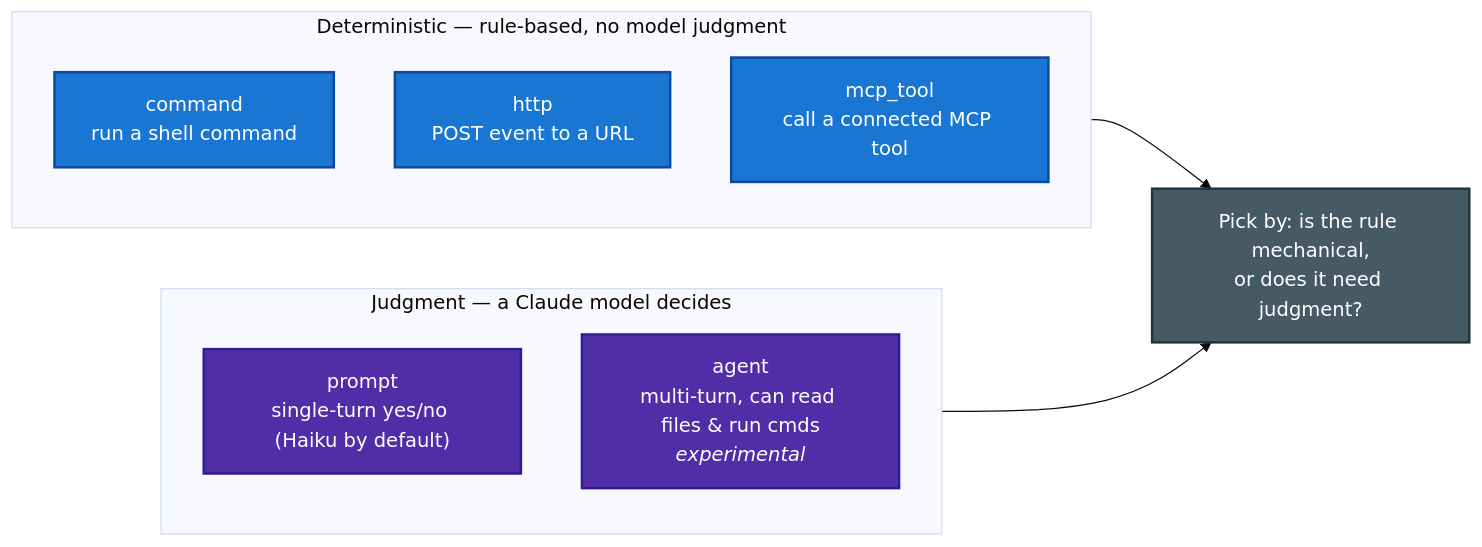
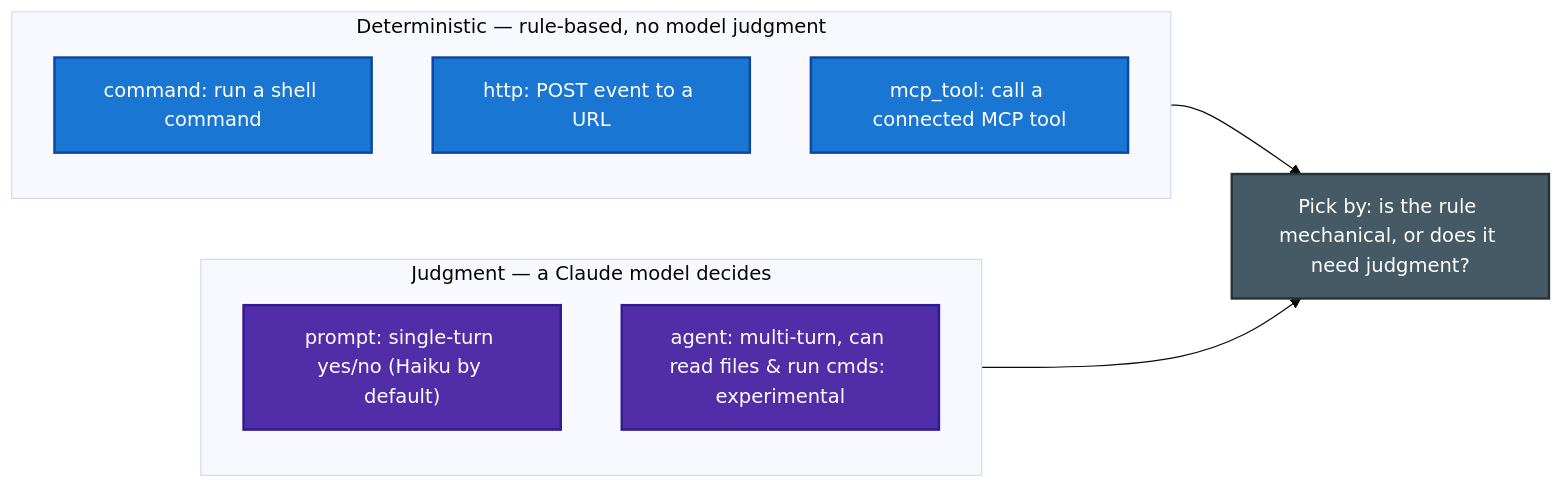
One commit to parmar-m/claude-architect-certification-prep changed the seventh of 12 diagrams in CCA-F/domains/d3-claude-code.md. Above: the diagram before and after it, drawn with Mermaid (base theme). The commit also changed other lines of this file and 25 other files, not shown here.

````diff
--- a/CCA-F/domains/d3-claude-code.md
+++ b/CCA-F/domains/d3-claude-code.md
@@ -292,20 +292,20 @@
 ```mermaid
 flowchart LR
     subgraph DET["Deterministic — rule-based, no model judgment"]
-        C["command<br/>run a shell command"]
-        H["http<br/>POST event to a URL"]
-        MT["mcp_tool<br/>call a connected MCP tool"]
+        C["command: run a shell command"]
+        H["http: POST event to a URL"]
+        MT["mcp_tool: call a connected MCP tool"]
     end
     subgraph JUD["Judgment — a Claude model decides"]
-        PR["prompt<br/>single-turn yes/no (Haiku by default)"]
-        AG["agent<br/>multi-turn, can read files &amp; run cmds<br/><i>experimental</i>"]
+        PR["prompt: single-turn yes/no (Haiku by default)"]
+        AG["agent: multi-turn, can read files &amp; run cmds: experimental"]
     end
-    DET --> USE["Pick by: is the rule mechanical,<br/>or does it need judgment?"]
+    DET --> USE["Pick by: is the rule mechanical, or does it need judgment?"]
     JUD --> USE
     classDef det fill:#1976D2,color:#fff,stroke:#0D47A1,stroke-width:2px
     classDef jud fill:#512DA8,color:#fff,stroke:#311B92,stroke-width:2px
     classDef out fill:#455A64,color:#fff,stroke:#263238,stroke-width:2px
     class C,H,MT det
     class PR,AG jud
     class USE out
 ```
````
